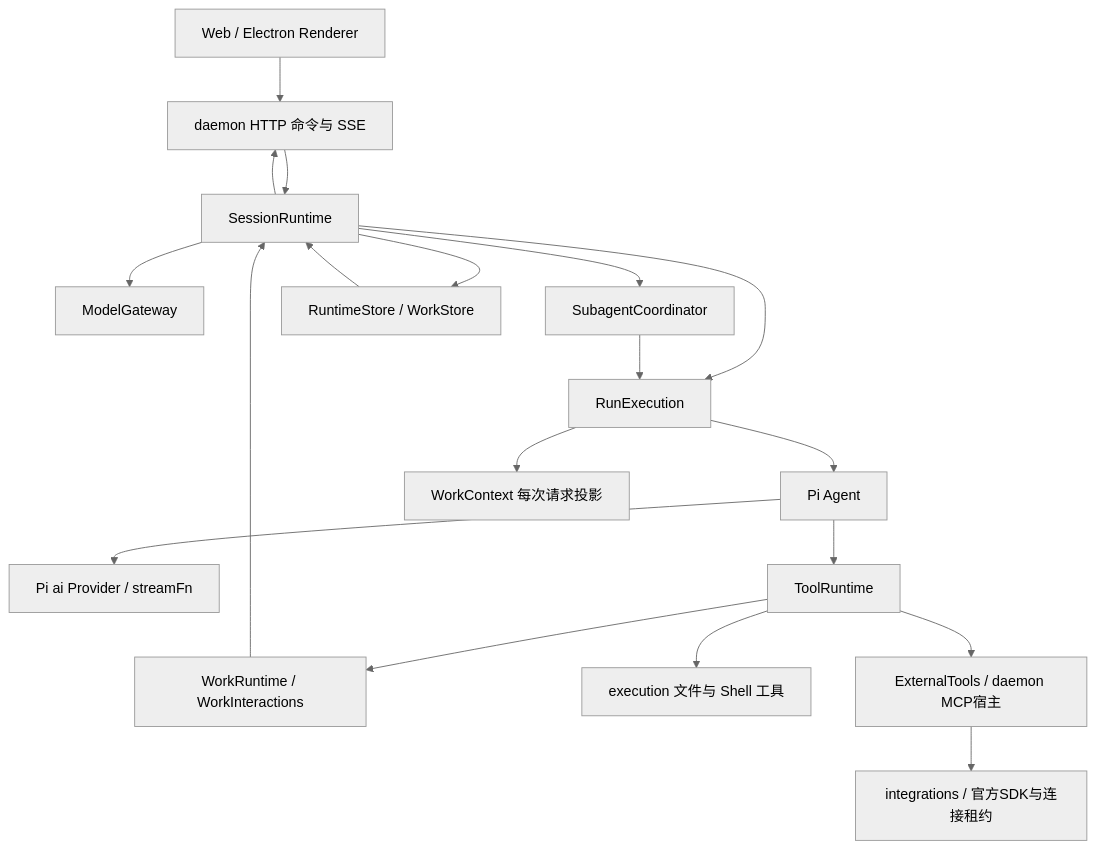
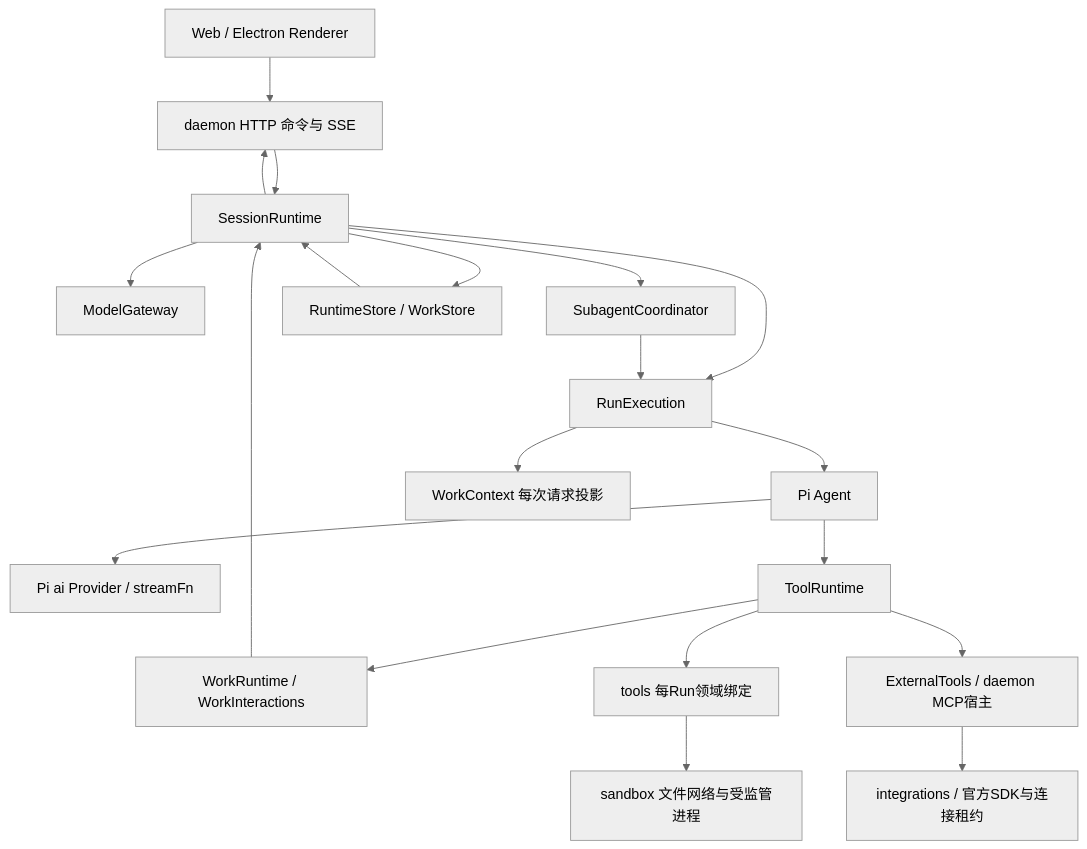
The first of 3 diagrams in docs/09_TECHNICAL/Agent-Runtime.md (lxy980795277/my-pi-harness), drawn with Mermaid (neutral theme) before and after one commit. The commit also changed other lines of this file and 421 other files, not shown here.

````diff
--- a/docs/09_TECHNICAL/Agent-Runtime.md
+++ b/docs/09_TECHNICAL/Agent-Runtime.md
@@ -30,21 +30,22 @@
 ```mermaid
 flowchart TD
   Client[Web / Electron Renderer] --> API[daemon HTTP 命令与 SSE]
   API --> Session[SessionRuntime]
   Session --> Gateway[ModelGateway]
   Session --> Run[RunExecution]
   Session --> Tasks[SubagentCoordinator]
   Tasks --> Run
   Run --> Pi[Pi Agent]
   Pi --> Stream[Pi ai Provider / streamFn]
   Pi --> Tools[ToolRuntime]
   Tools --> Work[WorkRuntime / WorkInteractions]
-  Tools --> Execution[execution 文件与 Shell 工具]
+  Tools --> Native[tools 每Run领域绑定]
+  Native --> Sandbox[sandbox 文件网络与受监管进程]
   Tools --> External[ExternalTools / daemon MCP宿主]
   External --> MCP[integrations / 官方SDK与连接租约]
   Run --> Context[WorkContext 每次请求投影]
   Session --> Store[RuntimeStore / WorkStore]
   Work --> Session
   Store --> Session
   Session --> API
 ```
````
